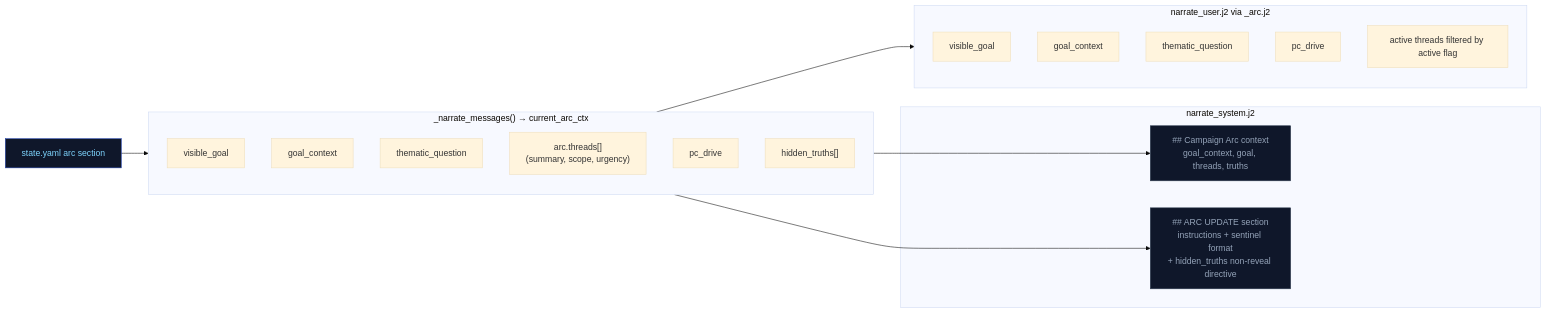
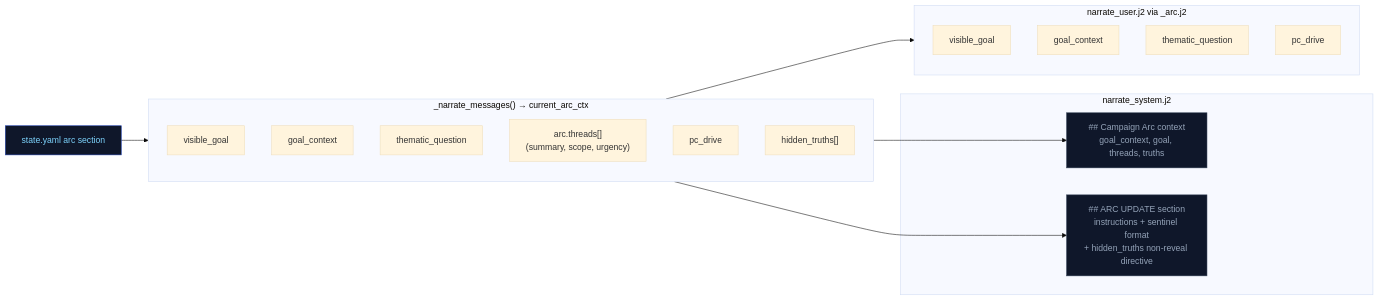
Before and after one commit to pww217/fablethread: the third of 4 diagrams in docs/architecture/campaign-arcs.md, drawn with Mermaid (base theme). The commit also changed 6 other files, not shown here.

````diff
--- a/docs/architecture/campaign-arcs.md
+++ b/docs/architecture/campaign-arcs.md
@@ -139,33 +139,32 @@
 ```mermaid
 flowchart LR
     classDef stateNode fill:#0f172a,color:#7dd3fc,stroke:#1e40af
     classDef ctxNode fill:#3b0764,color:#e9d5ff,stroke:#7c3aed
     classDef llmNode fill:#0f172a,color:#94a3b8,stroke:#334155
 
     STATE["state.yaml arc section"]:::stateNode
 
     subgraph CONTEXT["_narrate_messages() → current_arc_ctx"]
         C1["visible_goal"]
         C2["goal_context"]
         C3["thematic_question"]
         C5["arc.threads[]<br>(summary, scope, urgency)"]
         C6["pc_drive"]
         C7["hidden_truths[]"]
     end
 
     subgraph PROMPT["narrate_system.j2"]
         P1["## Campaign Arc context<br>goal_context, goal, threads, truths"]:::llmNode
         P2["## ARC UPDATE section<br>instructions + sentinel format<br>+ hidden_truths non-reveal directive"]:::llmNode
     end
 
     subgraph USER_PROMPT["narrate_user.j2 via _arc.j2"]
         U1["visible_goal"]
         U2["goal_context"]
         U3["thematic_question"]
         U4["pc_drive"]
-        U5["active threads filtered by active flag"]
     end
 
     STATE --> CONTEXT
     CONTEXT --> P1 & P2 & USER_PROMPT
 ```
````
